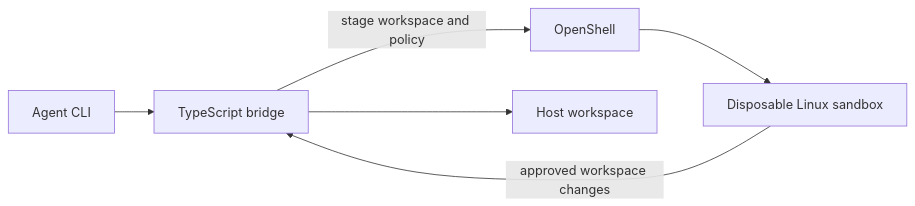
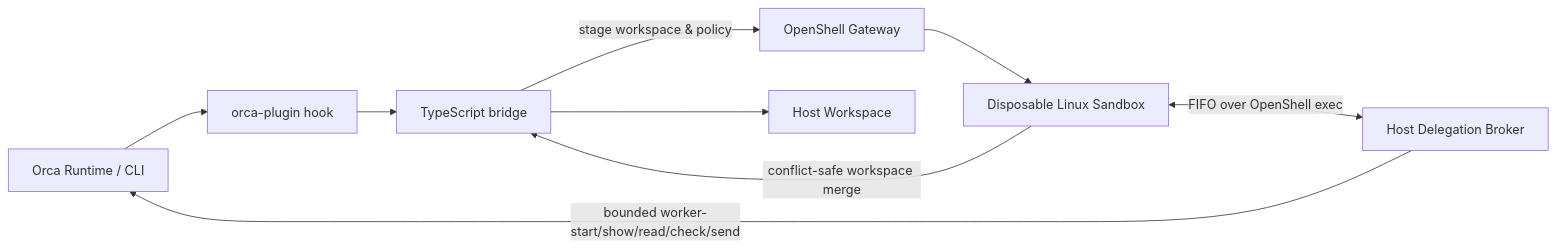
One commit to klcd/ade-nvidia-openshell-plugin changed the first of 2 diagrams in README.md. Above: the diagram before and after it, drawn with Mermaid. The commit also changed other lines of this file and 2 other files, not shown here.

Commit message:
docs: update README and plugin documentation for Orca orchestration and auto-grant

````diff
--- a/README.md
+++ b/README.md
@@ -11,8 +12,11 @@
 ```mermaid
 flowchart LR
-    CLI[Agent CLI] --> Bridge[TypeScript bridge]
-    Bridge -->|stage workspace and policy| OS[OpenShell]
-    OS --> Box[Disposable Linux sandbox]
-    Box -->|approved workspace changes| Bridge
-    Bridge --> Host[Host workspace]
+    Orca[Orca Runtime / CLI] --> Hook[orca-plugin hook]
+    Hook --> Bridge[TypeScript bridge]
+    Bridge -->|stage workspace & policy| OS[OpenShell Gateway]
+    OS --> Box[Disposable Linux Sandbox]
+    Box <-->|FIFO over OpenShell exec| Broker[Host Delegation Broker]
+    Broker -->|bounded worker-start/show/read/check/send| Orca
+    Box -->|conflict-safe workspace merge| Bridge
+    Bridge --> Host[Host Workspace]
 ```
````
